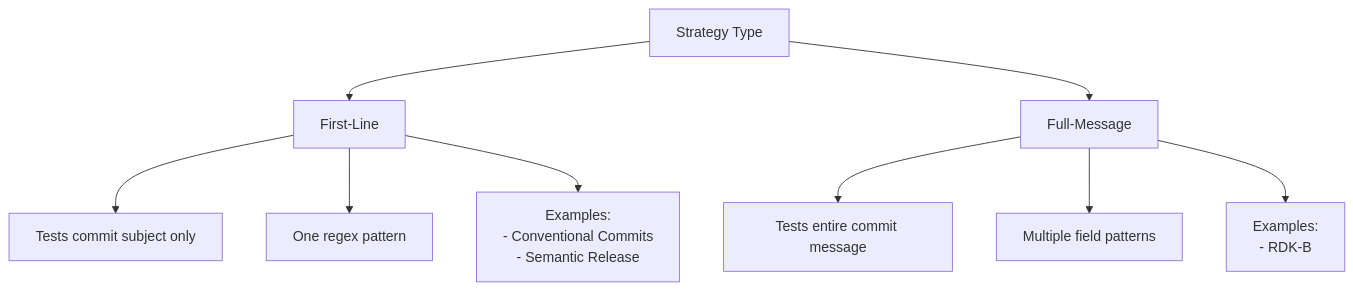
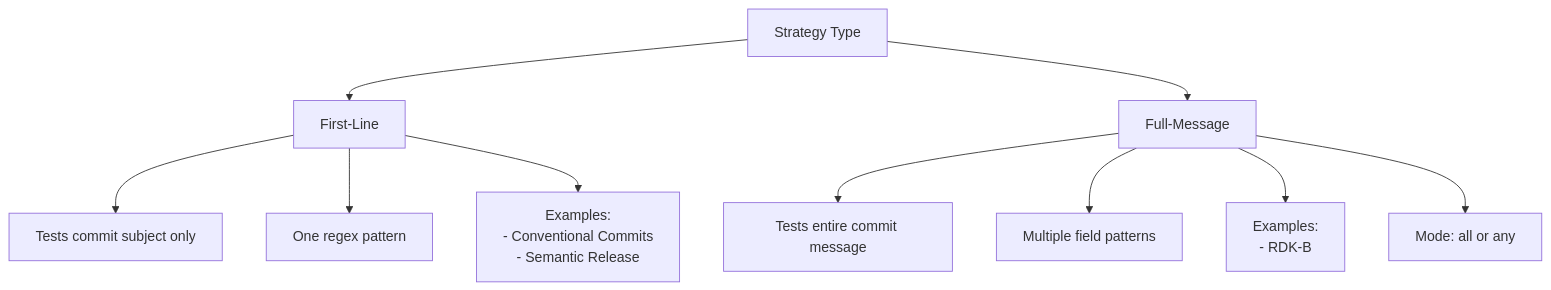
One commit to rdkcentral/cmf-actions changed the third of 8 diagrams in actions/validate-commit-messages/strategies/README.md. Above: the diagram before and after it, drawn with Mermaid. The commit also changed other lines of this file and 7 other files, not shown here.

````diff
--- a/actions/validate-commit-messages/strategies/README.md
+++ b/actions/validate-commit-messages/strategies/README.md
@@ -69,13 +69,14 @@
 ```mermaid
 graph TD
     A[Strategy Type] --> B[First-Line]
     A --> C[Full-Message]
 
     B --> D[Tests commit subject only]
     B --> E[One regex pattern]
     B --> F[Examples:<br/>- Conventional Commits<br/>- Semantic Release]
 
     C --> G[Tests entire commit message]
     C --> H[Multiple field patterns]
     C --> I[Examples:<br/>- RDK-B]
+    C --> J[Mode: all or any]
 ```
````
